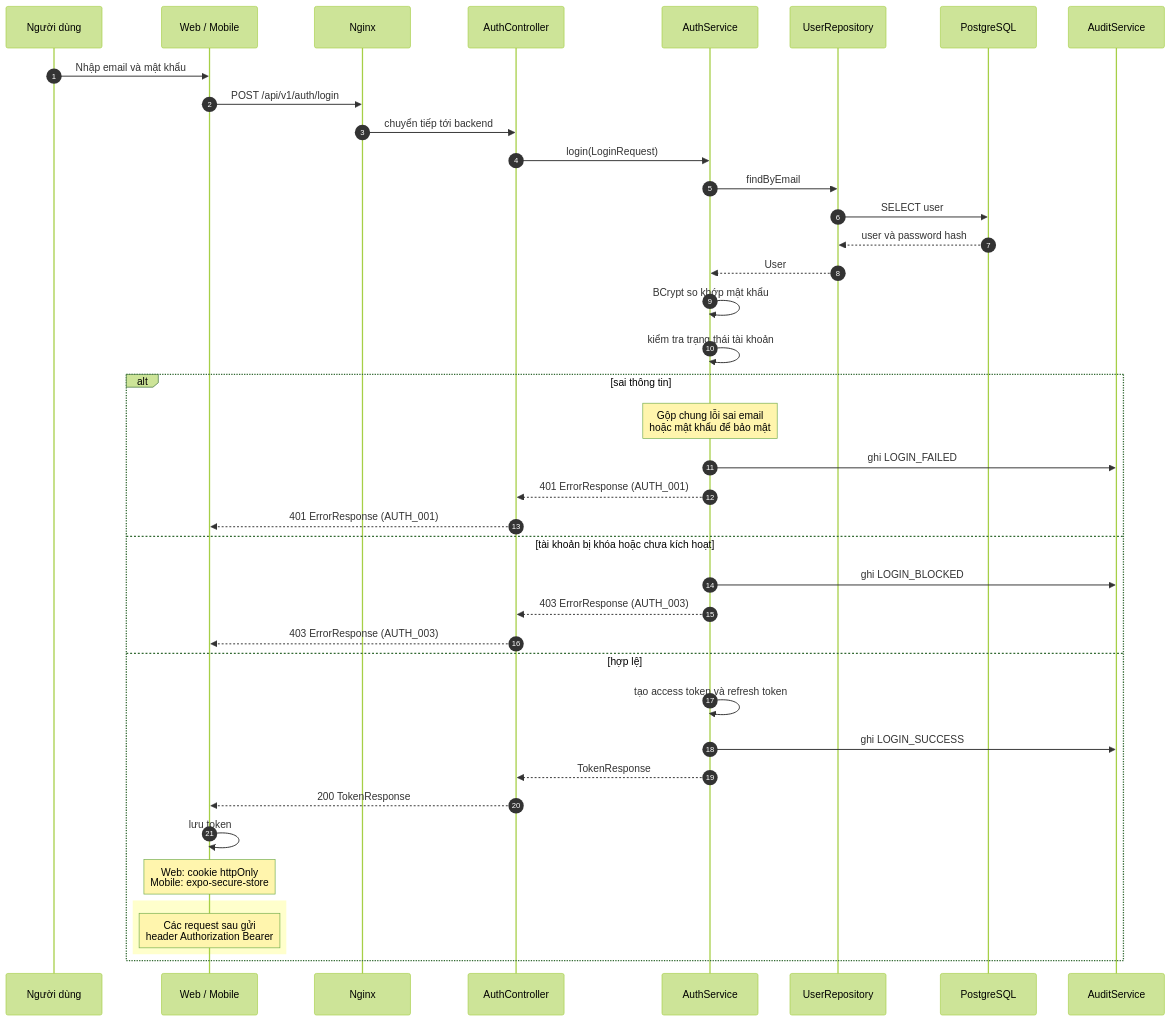
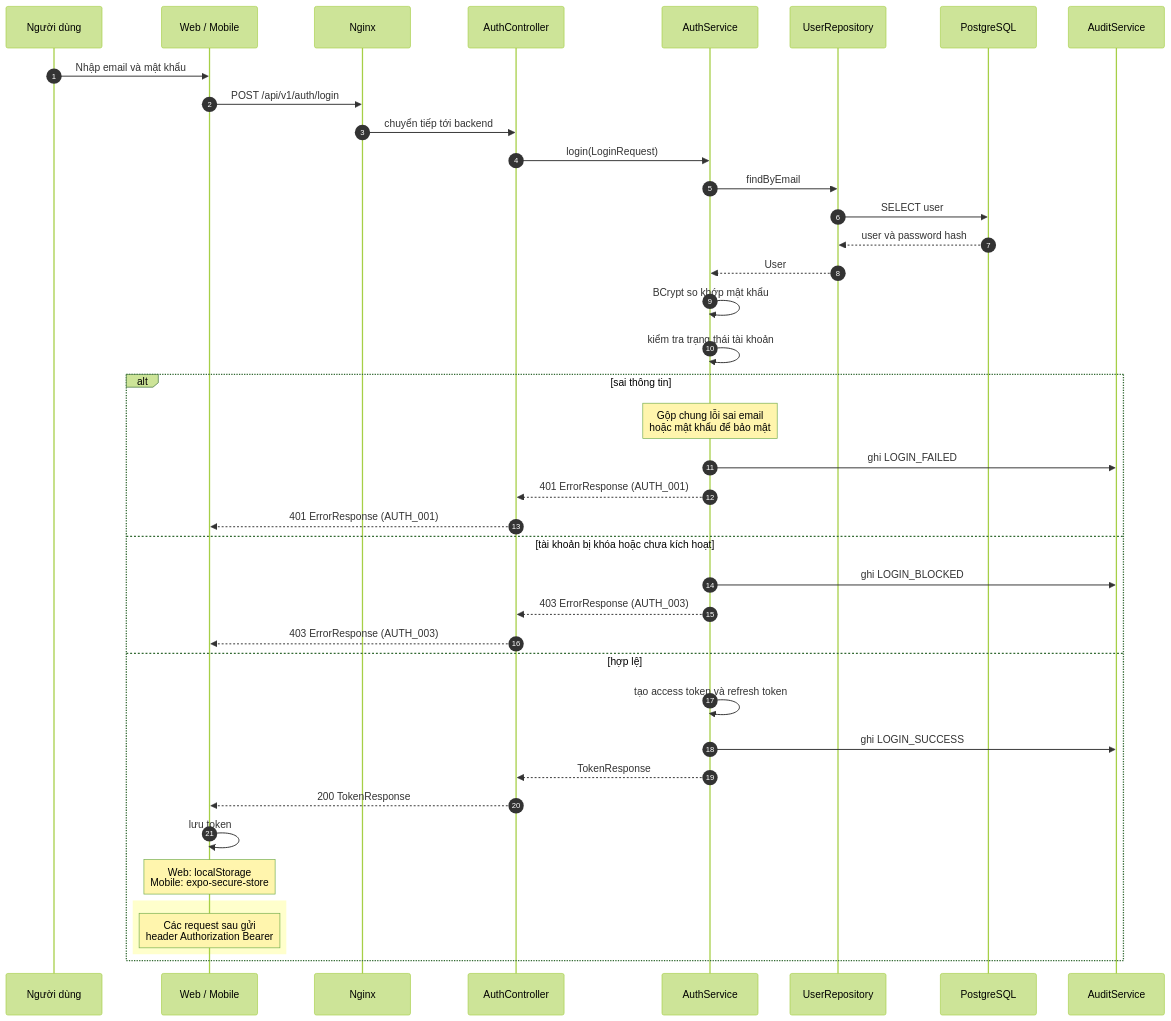
Before and after one commit to ngthanhtuann/java: the third of 4 diagrams in docs/02-design/architecture.md, drawn with Mermaid (forest theme). The commit also changed other lines of this file, not shown here.

First line of the commit message:
Revise architecture documentation and diagrams

````diff
--- a/docs/02-design/architecture.md
+++ b/docs/02-design/architecture.md
@@ -111,47 +117,47 @@
 ```mermaid
 sequenceDiagram
     autonumber
     participant User as Người dùng
     participant App as Web / Mobile
     participant Nginx
     participant AuthC as AuthController
     participant AuthS as AuthService
     participant Repo as UserRepository
     participant DB as PostgreSQL
     participant Audit as AuditService
 
     User->>App: Nhập email và mật khẩu
     App->>Nginx: POST /api/v1/auth/login
     Nginx->>AuthC: chuyển tiếp tới backend
     AuthC->>AuthS: login(LoginRequest)
     AuthS->>Repo: findByEmail
     Repo->>DB: SELECT user
     DB-->>Repo: user và password hash
     Repo-->>AuthS: User
 
     AuthS->>AuthS: BCrypt so khớp mật khẩu
     AuthS->>AuthS: kiểm tra trạng thái tài khoản
 
     alt sai thông tin
         Note over AuthS: Gộp chung lỗi sai email<br/>hoặc mật khẩu để bảo mật
         AuthS->>Audit: ghi LOGIN_FAILED
         AuthS-->>AuthC: 401 ErrorResponse (AUTH_001)
         AuthC-->>App: 401 ErrorResponse (AUTH_001)
     else tài khoản bị khóa hoặc chưa kích hoạt
         AuthS->>Audit: ghi LOGIN_BLOCKED
         AuthS-->>AuthC: 403 ErrorResponse (AUTH_003)
         AuthC-->>App: 403 ErrorResponse (AUTH_003)
     else hợp lệ
         AuthS->>AuthS: tạo access token và refresh token
         AuthS->>Audit: ghi LOGIN_SUCCESS
         AuthS-->>AuthC: TokenResponse
         AuthC-->>App: 200 TokenResponse
 
         App->>App: lưu token
-        Note over App: Web: cookie httpOnly<br/>Mobile: expo-secure-store
+        Note over App: Web: localStorage<br/>Mobile: expo-secure-store
 
         rect rgb(255, 255, 204)
         Note over App: Các request sau gửi<br/>header Authorization Bearer
         end
     end
 ```
````
